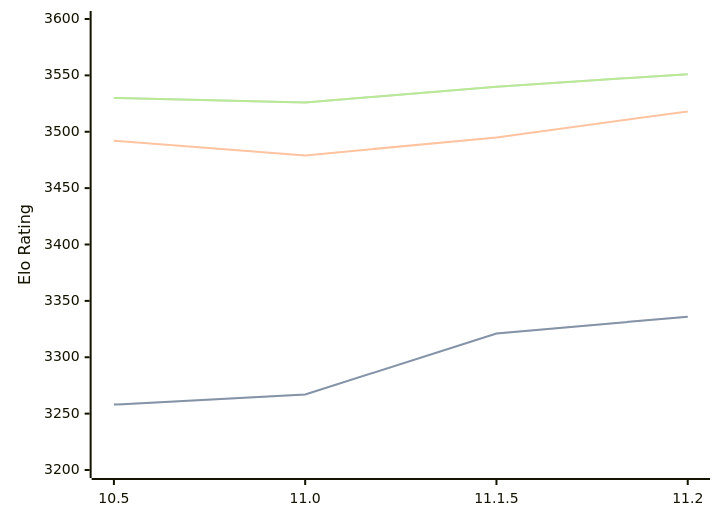
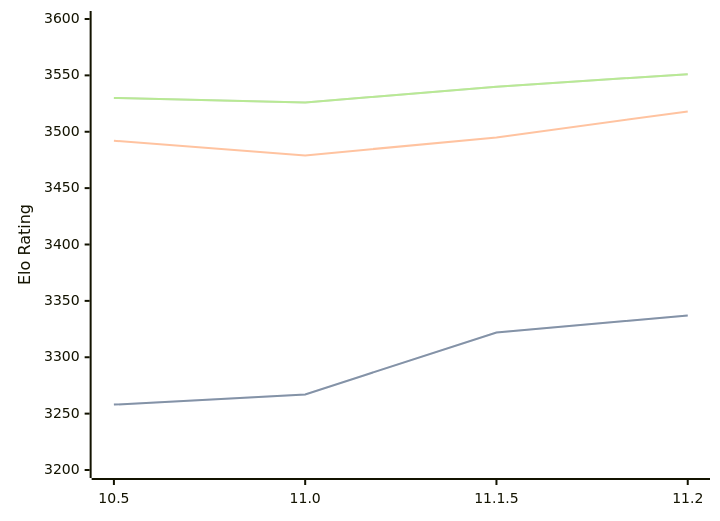
The diagram in engines/Lizard.md (computer-chess-index/cci), drawn with Mermaid before and after one commit. The commit also changed other lines of this file, not shown here.

````diff
--- a/engines/Lizard.md
+++ b/engines/Lizard.md
@@ -43,11 +43,11 @@
 ```mermaid
 %%{init: {"theme":"base","themeVariables":{"seriesColors:['#a3a3a3','#222221','#faa371']}}}%%
 xychart-beta
   x-axis ["10.5", "11.0", "11.1.5", "11.2"]
   y-axis "Elo Rating" 3200 --> 3600
-  line "STC (8.0+0.08s)" [3258, 3267, 3321, 3336]
-  line "STC (8.0+0.08s)" [3258, 3267, 3321, 3336]
+  line "STC (8.0+0.08s)" [3258, 3267, 3322, 3337]
+  line "STC (8.0+0.08s)" [3258, 3267, 3322, 3337]
   line "LTC (60.0+0.60s)" [3492, 3479, 3495, 3518]
   line "VLTC (2m24s+1.12s)" [3530, 3526, 3540, 3551]
   line "VLTC (2m24s+1.12s)" [3530, 3526, 3540, 3551]
 ```
````
